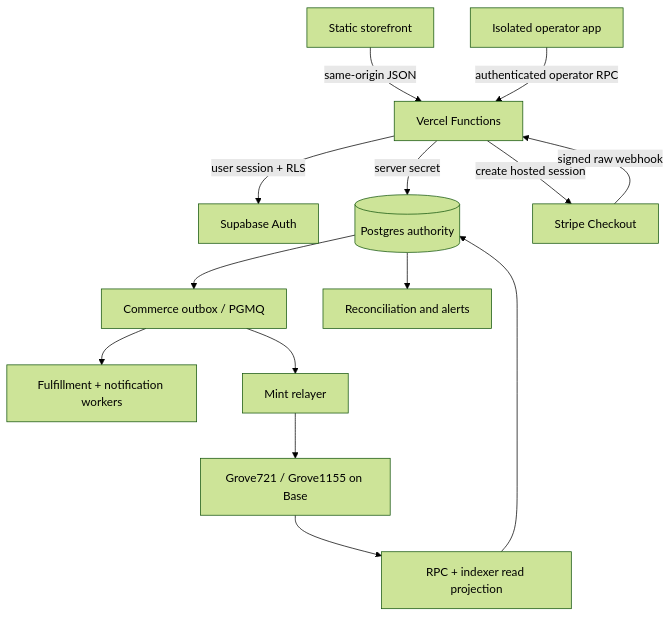
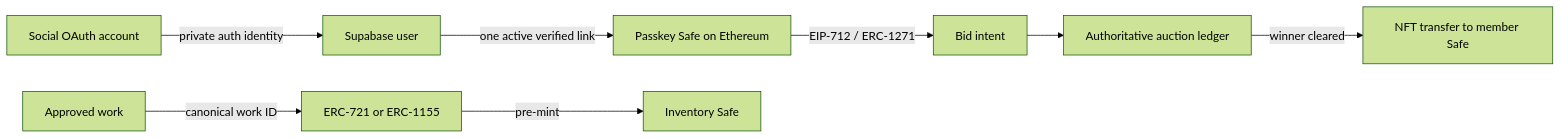
Before and after one commit to Greenpoint-Compute-Cooperative/the-old-school-website: the diagram in docs/LIVE_MARKETPLACE_MASTER_PLAN.md, drawn with Mermaid (forest theme). The commit also changed other lines of this file and 42 other files, not shown here.

Commit message:
Add Ethereum gasless auction foundation

````diff
--- a/docs/LIVE_MARKETPLACE_MASTER_PLAN.md
+++ b/docs/LIVE_MARKETPLACE_MASTER_PLAN.md
@@ -80,16 +21,10 @@
 ```mermaid
-flowchart TD
-    B[Static storefront] -->|same-origin JSON| V[Vercel Functions]
-    A[Isolated operator app] -->|authenticated operator RPC| V
-    V -->|user session + RLS| S[Supabase Auth]
-    V -->|server secret| P[(Postgres authority)]
-    P --> Q[Commerce outbox / PGMQ]
-    V -->|create hosted session| ST[Stripe Checkout]
-    ST -->|signed raw webhook| V
-    Q --> F[Fulfillment + notification workers]
-    Q --> M[Mint relayer]
-    M --> C[Grove721 / Grove1155 on Base]
-    C --> I[RPC + indexer read projection]
-    I --> P
-    P --> O[Reconciliation and alerts]
+flowchart LR
+  O[Social OAuth account] -->|private auth identity| U[Supabase user]
+  U -->|one active verified link| S[Passkey Safe on Ethereum]
+  S -->|EIP-712 / ERC-1271| B[Bid intent]
+  W[Approved work] -->|canonical work ID| N[ERC-721 or ERC-1155]
+  N -->|pre-mint| I[Inventory Safe]
+  B --> A[Authoritative auction ledger]
+  A -->|winner cleared| T[NFT transfer to member Safe]
 ```
````
